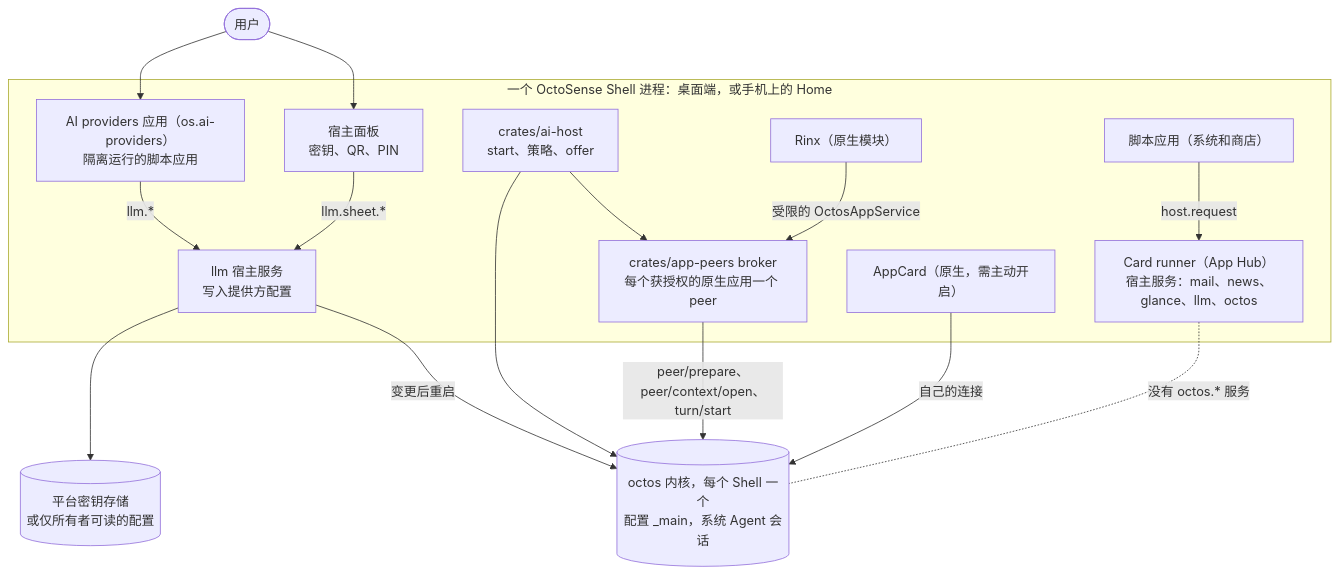
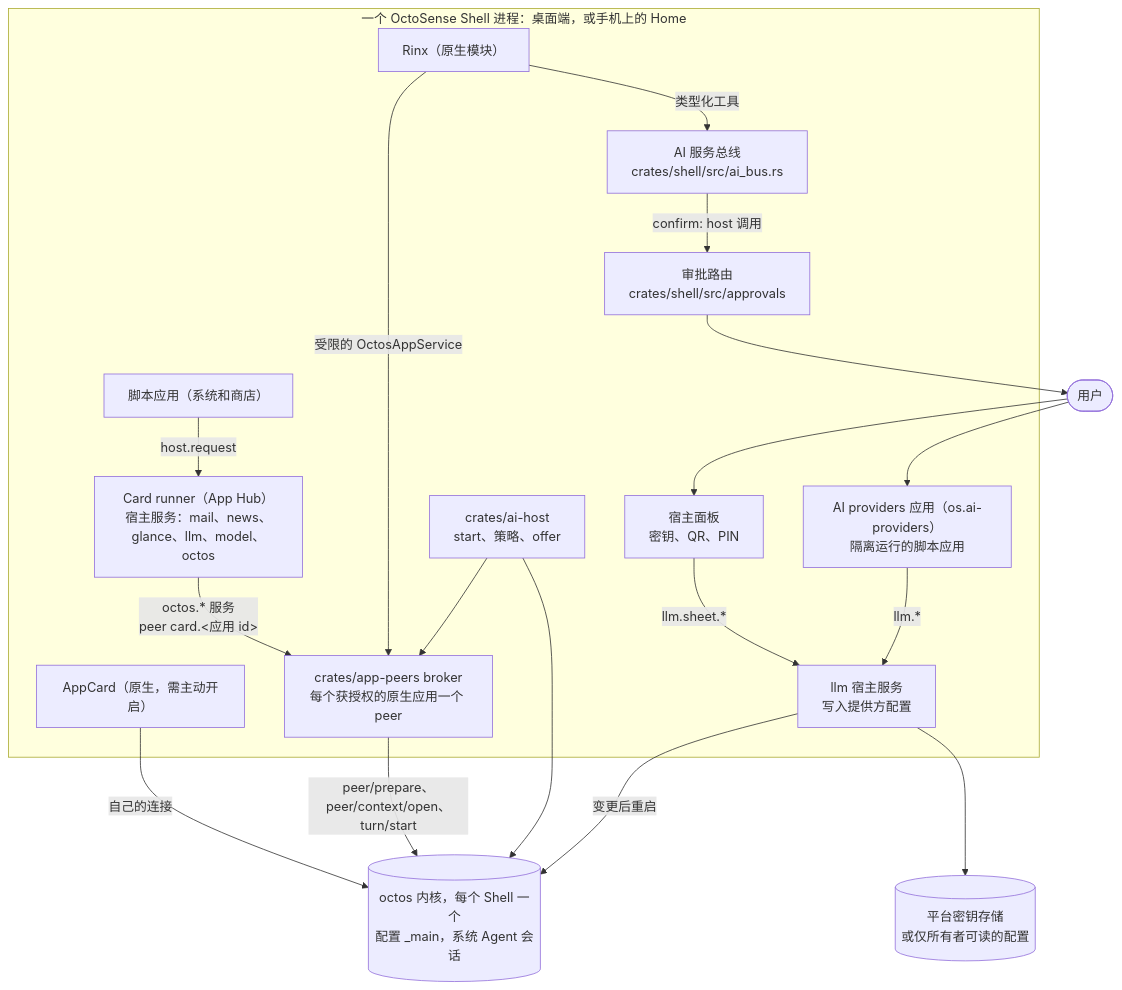
One commit to OctoSense-org/OctoSense changed the diagram in docs/ai-services.zh-CN.md. Above: the diagram before and after it, drawn with Mermaid. The commit also changed other lines of this file and 13 other files, not shown here.

````diff
--- a/docs/ai-services.zh-CN.md
+++ b/docs/ai-services.zh-CN.md
@@ -38,30 +42,35 @@
 ```mermaid
 flowchart TB
   person(["用户"])
   subgraph shell["一个 OctoSense Shell 进程：桌面端，或手机上的 Home"]
     providers["AI providers 应用（os.ai-providers）<br/>隔离运行的脚本应用"]
     sheet["宿主面板<br/>密钥、QR、PIN"]
     llm["llm 宿主服务<br/>写入提供方配置"]
     aihost["crates/ai-host<br/>start、策略、offer"]
     broker["crates/app-peers broker<br/>每个获授权的原生应用一个 peer"]
-    runner["Card runner（App Hub）<br/>宿主服务：mail、news、glance、llm、octos"]
+    runner["Card runner（App Hub）<br/>宿主服务：mail、news、glance、llm、model、octos"]
+    router["审批路由<br/>crates/shell/src/approvals"]
+    bus["AI 服务总线<br/>crates/shell/src/ai_bus.rs"]
     rinx["Rinx（原生模块）"]
     appcard["AppCard（原生，需主动开启）"]
     scripts["脚本应用（系统和商店）"]
   end
   vault[("平台密钥存储<br/>或仅所有者可读的配置")]
   kernel[("octos 内核，每个 Shell 一个<br/>配置 _main，系统 Agent 会话")]
   person --> providers
   person --> sheet
   providers -- "llm.*" --> llm
   sheet -- "llm.sheet.*" --> llm
   llm --> vault
   llm -- "变更后重启" --> kernel
   aihost --> kernel
   aihost --> broker
   broker -- "peer/prepare、peer/context/open、turn/start" --> kernel
   rinx -- "受限的 OctosAppService" --> broker
   appcard -- "自己的连接" --> kernel
   scripts -- "host.request" --> runner
-  runner -. "没有 octos.* 服务" .- kernel
+  runner -- "octos.* 服务<br/>peer card.&lt;应用 id&gt;" --> broker
+  rinx -- "类型化工具" --> bus
+  bus -- "confirm: host 调用" --> router
+  router --> person
 ```
````
